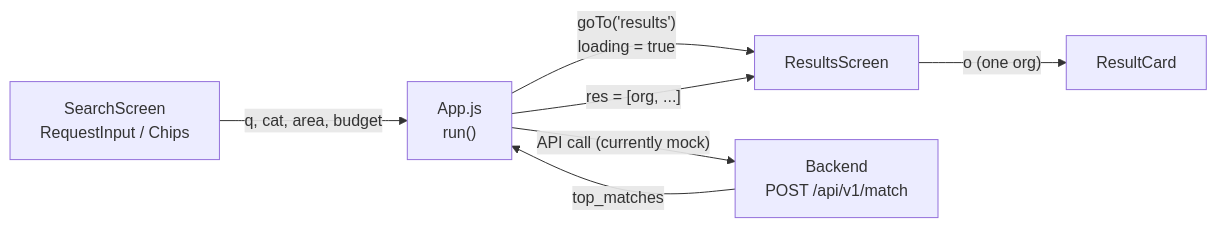
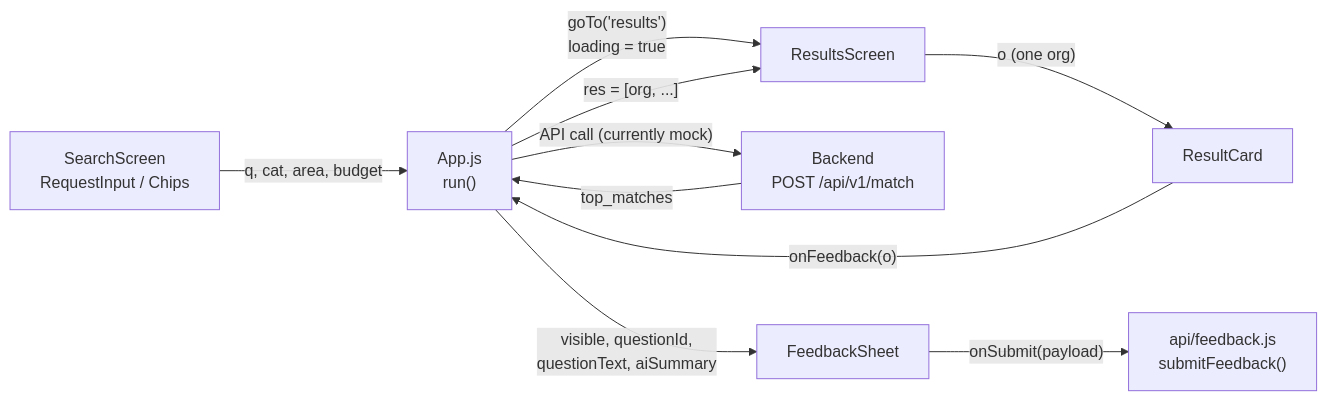
Before and after one commit to LV6LASERLOTUS/haoshi-platform: the diagram in mobile-app/ARCHITECTURE.md, drawn with Mermaid. The commit also changed other lines of this file and 6 other files, not shown here.

Commit message:
feat(mobile-app): add FeedbackSheet modal and wire up result card feedback

````diff
--- a/mobile-app/ARCHITECTURE.md
+++ b/mobile-app/ARCHITECTURE.md
@@ -54,9 +56,12 @@
 ```mermaid
 flowchart LR
     A["SearchScreen<br/>RequestInput / Chips"] -- "q, cat, area, budget" --> B["App.js<br/>run()"]
     B -- "goTo('results')<br/>loading = true" --> C["ResultsScreen"]
     B -- "API call (currently mock)" --> D["Backend<br/>POST /api/v1/match"]
     D -- "top_matches" --> B
     B -- "res = [org, ...]" --> C
     C -- "o (one org)" --> E["ResultCard"]
+    E -- "onFeedback(o)" --> B
+    B -- "visible, questionId,<br/>questionText, aiSummary" --> F["FeedbackSheet"]
+    F -- "onSubmit(payload)" --> G["api/feedback.js<br/>submitFeedback()"]
 ```
````
